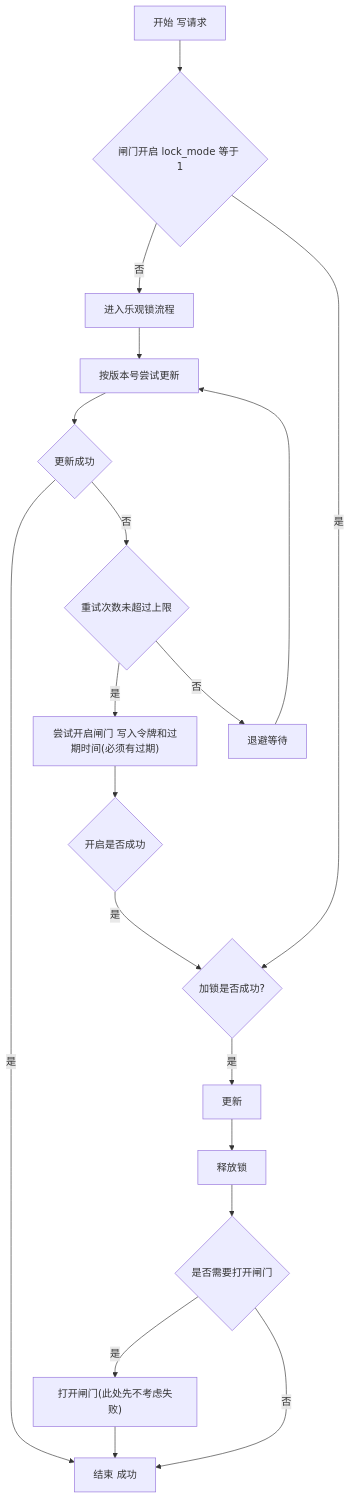
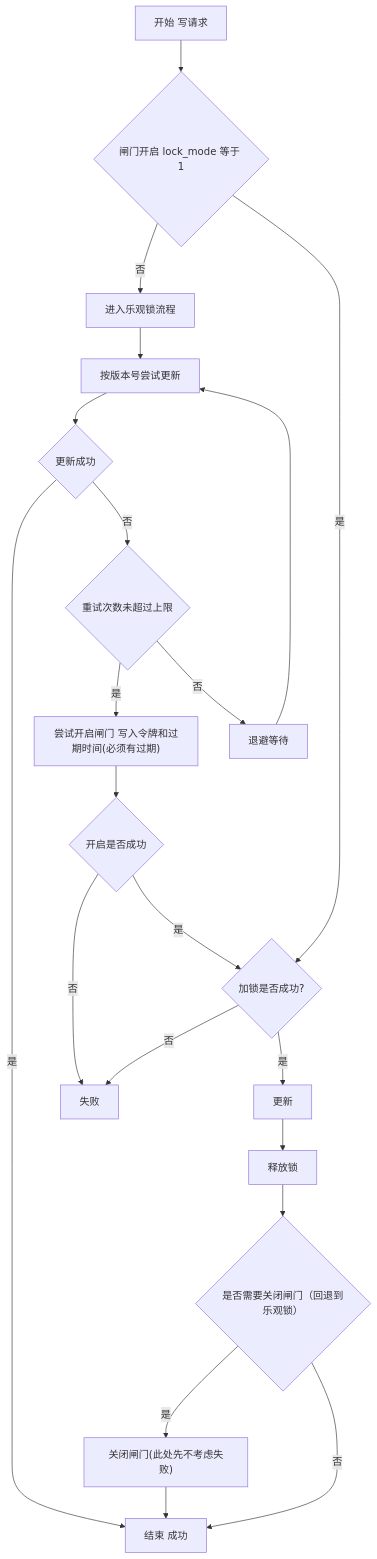
Before and after one commit to dezhishen/java-knowledge: the second of 2 diagrams in 03-Java并发/03-锁.md, drawn with Mermaid. The commit also changed other lines of this file, not shown here.

Commit message:
fix: 流程图补全

````diff
--- a/03-Java并发/03-锁.md
+++ b/03-Java并发/03-锁.md
@@ -73,21 +73,23 @@
 ```mermaid
 graph TD
   A["开始 写请求"] --> B{"闸门开启 lock_mode 等于 1"}
   B --"否" --> C["进入乐观锁流程"]
   B --"是"-->K
   C --> D["按版本号尝试更新"]
   D --> F{"更新成功"}
   F --"是" --> S["结束 成功"]
   F --"否" --> G{"重试次数未超过上限"}
   G --"是" --> I["尝试开启闸门 写入令牌和过期时间(必须有过期)"]
   I --> J{"开启是否成功"}
+  J --"否"-->Failed["失败"]
   J --"是"-->K{"加锁是否成功?"}
+  K --"否"-->Failed
   K --"是"-->L["更新"] 
   L -->M["释放锁"]
-  M -->N{"是否需要打开闸门"}
-  N --"是"-->O["打开闸门(此处先不考虑失败)"]
+  M -->N{"是否需要关闭闸门（回退到乐观锁）"}
+  N --"是"-->O["关闭闸门(此处先不考虑失败)"]
   O -->S
   N --"否"-->S
   G --"否" --> H["退避等待"]
   H --> D
 ```
````
